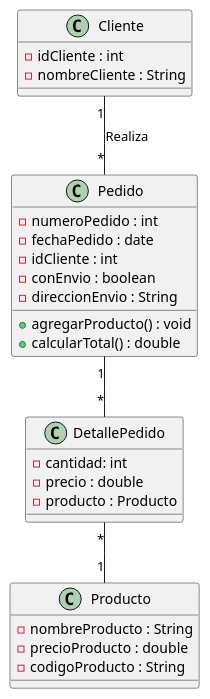
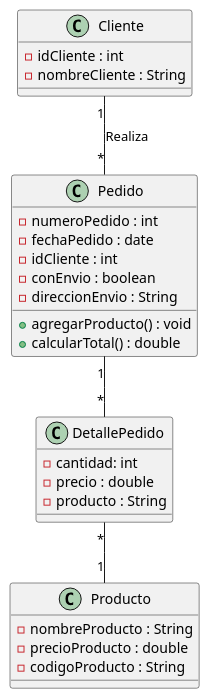
The diagram in src/Ejercicio2.puml (Silvana-O/CFE-P2-Repartido5), drawn with PlantUML before and after one commit. The commit also changed 1 other file, not shown here.

```diff
--- a/src/Ejercicio2.puml
+++ b/src/Ejercicio2.puml
@@ -1,34 +1,34 @@
 @startuml
 
 class Cliente {
 - idCliente : int
 - nombreCliente : String
 }
 
 class Pedido {
 - numeroPedido : int
 - fechaPedido : date
 - idCliente : int
 - conEnvio : boolean
 - direccionEnvio : String
 + agregarProducto() : void
 + calcularTotal() : double
 }
 
 class Producto {
 - nombreProducto : String
 - precioProducto : double
 - codigoProducto : String
 }
 
 class DetallePedido {
 - cantidad: int
 - precio : double
-- producto : Producto
+- producto : String
 }
 
 Cliente "1" -- "*" Pedido : Realiza
 Pedido "1" -- "*" DetallePedido
 DetallePedido "*" -- "1" Producto
 
 @enduml
```
